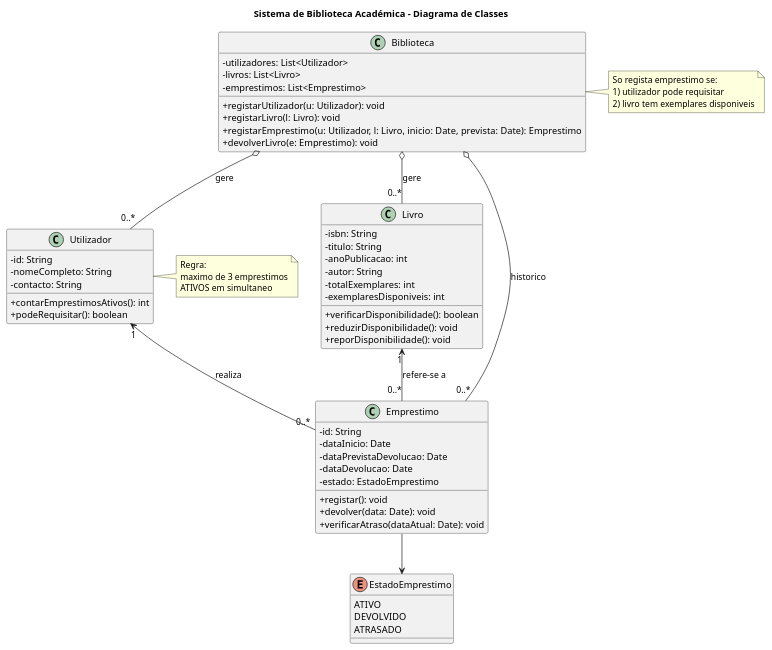
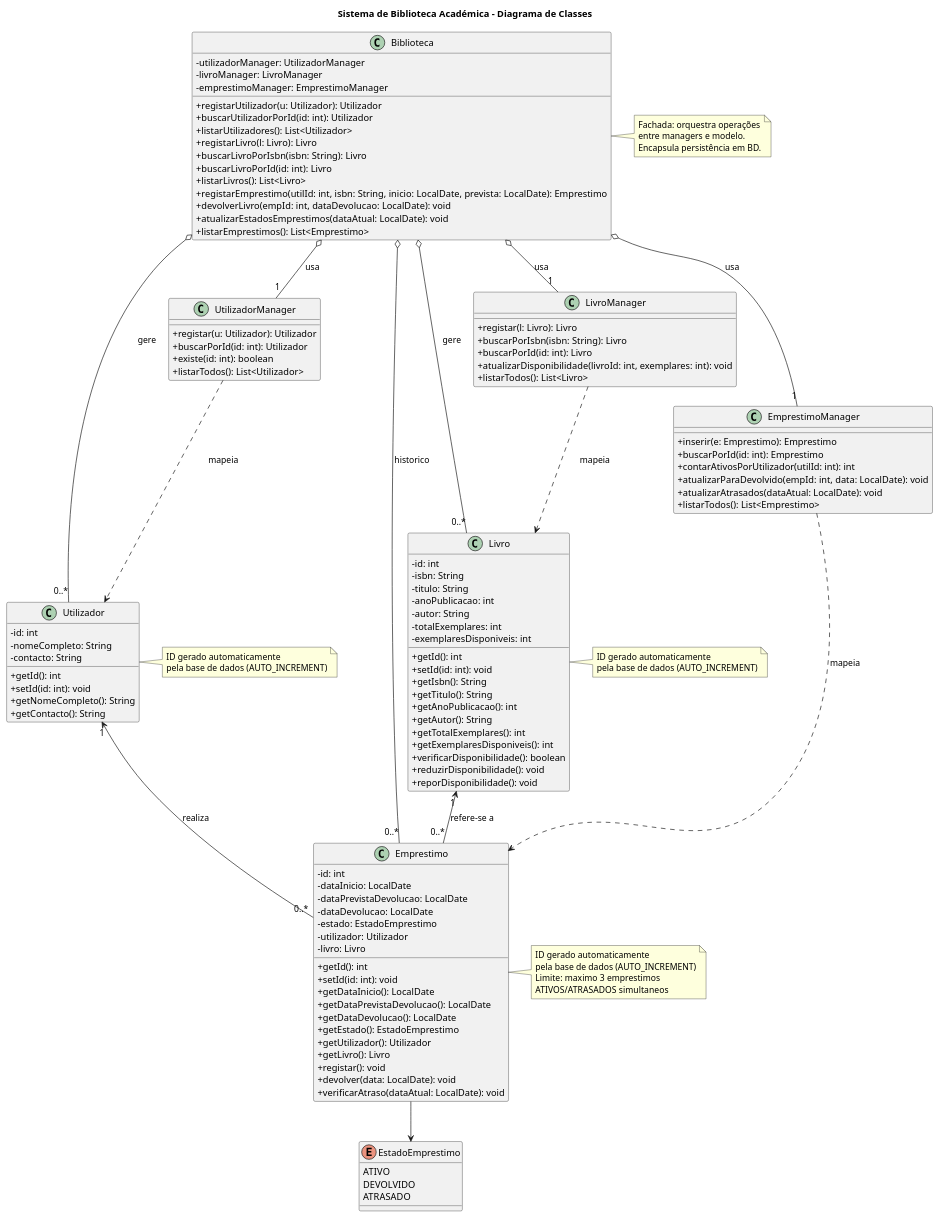
The diagram in intrucoes/diagrama-biblioteca.puml (Jofrejaime/biblioteca_lab2), drawn with PlantUML before and after one commit. The commit also changed 5 other files, not shown here.

```diff
--- a/intrucoes/diagrama-biblioteca.puml
+++ b/intrucoes/diagrama-biblioteca.puml
@@ -1,73 +1,144 @@
 @startuml
 skinparam classAttributeIconSize 0
 
 title Sistema de Biblioteca Académica - Diagrama de Classes
 
 class Biblioteca {
-  - utilizadores: List<Utilizador>
-  - livros: List<Livro>
-  - emprestimos: List<Emprestimo>
-  + registarUtilizador(u: Utilizador): void
-  + registarLivro(l: Livro): void
-  + registarEmprestimo(u: Utilizador, l: Livro, inicio: Date, prevista: Date): Emprestimo
-  + devolverLivro(e: Emprestimo): void
+  - utilizadorManager: UtilizadorManager
+  - livroManager: LivroManager
+  - emprestimoManager: EmprestimoManager
+  + registarUtilizador(u: Utilizador): Utilizador
+  + buscarUtilizadorPorId(id: int): Utilizador
+  + listarUtilizadores(): List<Utilizador>
+  + registarLivro(l: Livro): Livro
+  + buscarLivroPorIsbn(isbn: String): Livro
+  + buscarLivroPorId(id: int): Livro
+  + listarLivros(): List<Livro>
+  + registarEmprestimo(utilId: int, isbn: String, inicio: LocalDate, prevista: LocalDate): Emprestimo
+  + devolverLivro(empId: int, dataDevolucao: LocalDate): void
+  + atualizarEstadosEmprestimos(dataAtual: LocalDate): void
+  + listarEmprestimos(): List<Emprestimo>
 }
 
 class Utilizador {
-  - id: String
+  - id: int
   - nomeCompleto: String
   - contacto: String
-  + contarEmprestimosAtivos(): int
-  + podeRequisitar(): boolean
+  + getId(): int
+  + setId(id: int): void
+  + getNomeCompleto(): String
+  + getContacto(): String
 }
 
 class Livro {
+  - id: int
   - isbn: String
   - titulo: String
   - anoPublicacao: int
   - autor: String
   - totalExemplares: int
   - exemplaresDisponiveis: int
+  + getId(): int
+  + setId(id: int): void
+  + getIsbn(): String
+  + getTitulo(): String
+  + getAnoPublicacao(): int
+  + getAutor(): String
+  + getTotalExemplares(): int
+  + getExemplaresDisponiveis(): int
   + verificarDisponibilidade(): boolean
   + reduzirDisponibilidade(): void
   + reporDisponibilidade(): void
 }
 
 class Emprestimo {
-  - id: String
-  - dataInicio: Date
-  - dataPrevistaDevolucao: Date
-  - dataDevolucao: Date
+  - id: int
+  - dataInicio: LocalDate
+  - dataPrevistaDevolucao: LocalDate
+  - dataDevolucao: LocalDate
   - estado: EstadoEmprestimo
+  - utilizador: Utilizador
+  - livro: Livro
+  + getId(): int
+  + setId(id: int): void
+  + getDataInicio(): LocalDate
+  + getDataPrevistaDevolucao(): LocalDate
+  + getDataDevolucao(): LocalDate
+  + getEstado(): EstadoEmprestimo
+  + getUtilizador(): Utilizador
+  + getLivro(): Livro
   + registar(): void
-  + devolver(data: Date): void
-  + verificarAtraso(dataAtual: Date): void
+  + devolver(data: LocalDate): void
+  + verificarAtraso(dataAtual: LocalDate): void
 }
 
 enum EstadoEmprestimo {
   ATIVO
   DEVOLVIDO
   ATRASADO
 }
+
+class UtilizadorManager {
+  + registar(u: Utilizador): Utilizador
+  + buscarPorId(id: int): Utilizador
+  + existe(id: int): boolean
+  + listarTodos(): List<Utilizador>
+}
+
+class LivroManager {
+  + registar(l: Livro): Livro
+  + buscarPorIsbn(isbn: String): Livro
+  + buscarPorId(id: int): Livro
+  + atualizarDisponibilidade(livroId: int, exemplares: int): void
+  + listarTodos(): List<Livro>
+}
+
+class EmprestimoManager {
+  + inserir(e: Emprestimo): Emprestimo
+  + buscarPorId(id: int): Emprestimo
+  + contarAtivosPorUtilizador(utilId: int): int
+  + atualizarParaDevolvido(empId: int, data: LocalDate): void
+  + atualizarAtrasados(dataAtual: LocalDate): void
+  + listarTodos(): List<Emprestimo>
+}
+
+Biblioteca o-- "1" UtilizadorManager : usa
+Biblioteca o-- "1" LivroManager : usa
+Biblioteca o-- "1" EmprestimoManager : usa
 
 Biblioteca o-- "0..*" Utilizador : gere
 Biblioteca o-- "0..*" Livro : gere
 Biblioteca o-- "0..*" Emprestimo : historico
 
 Utilizador "1" <-- "0..*" Emprestimo : realiza
 Livro "1" <-- "0..*" Emprestimo : refere-se a
 Emprestimo --> EstadoEmprestimo
 
+UtilizadorManager ..> Utilizador : mapeia
+LivroManager ..> Livro : mapeia
+EmprestimoManager ..> Emprestimo : mapeia
+
 note right of Utilizador
-Regra:
-maximo de 3 emprestimos
-ATIVOS em simultaneo
+ID gerado automaticamente
+pela base de dados (AUTO_INCREMENT)
+end note
+
+note right of Livro
+ID gerado automaticamente
+pela base de dados (AUTO_INCREMENT)
+end note
+
+note right of Emprestimo
+ID gerado automaticamente
+pela base de dados (AUTO_INCREMENT)
+Limite: maximo 3 emprestimos
+ATIVOS/ATRASADOS simultaneos
 end note
 
 note right of Biblioteca
-So regista emprestimo se:
-1) utilizador pode requisitar
-2) livro tem exemplares disponiveis
+Fachada: orquestra operações
+entre managers e modelo.
+Encapsula persistência em BD.
 end note
 
 @enduml
```
